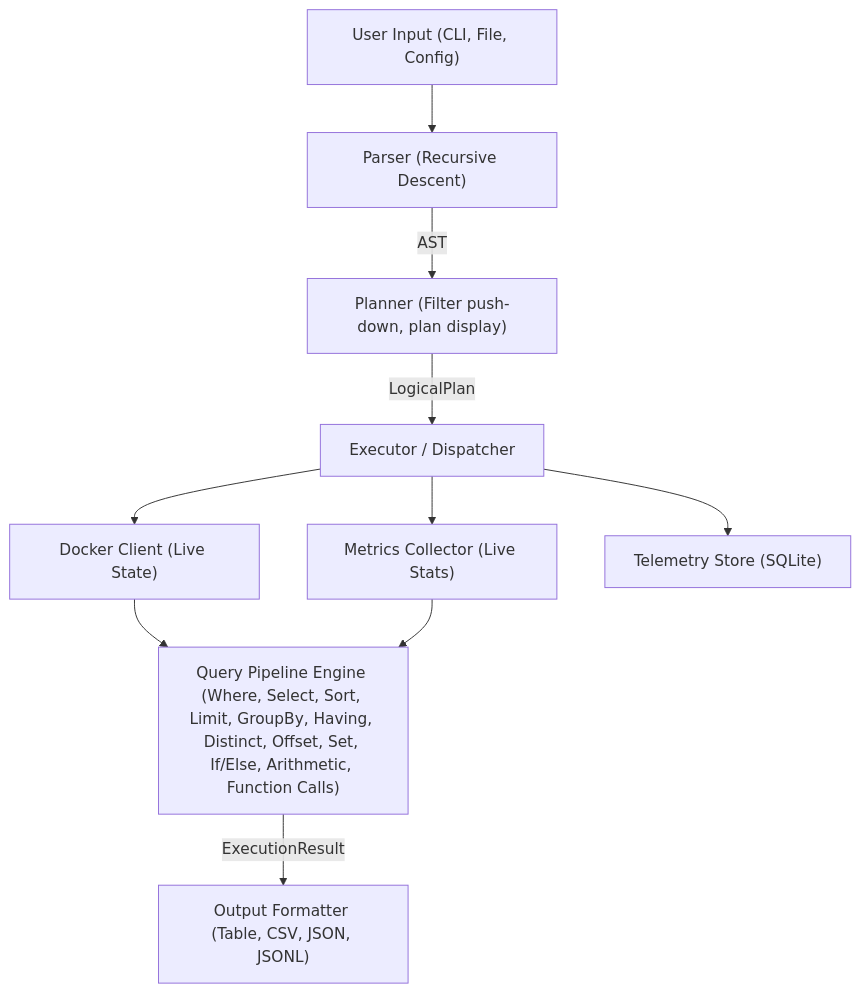
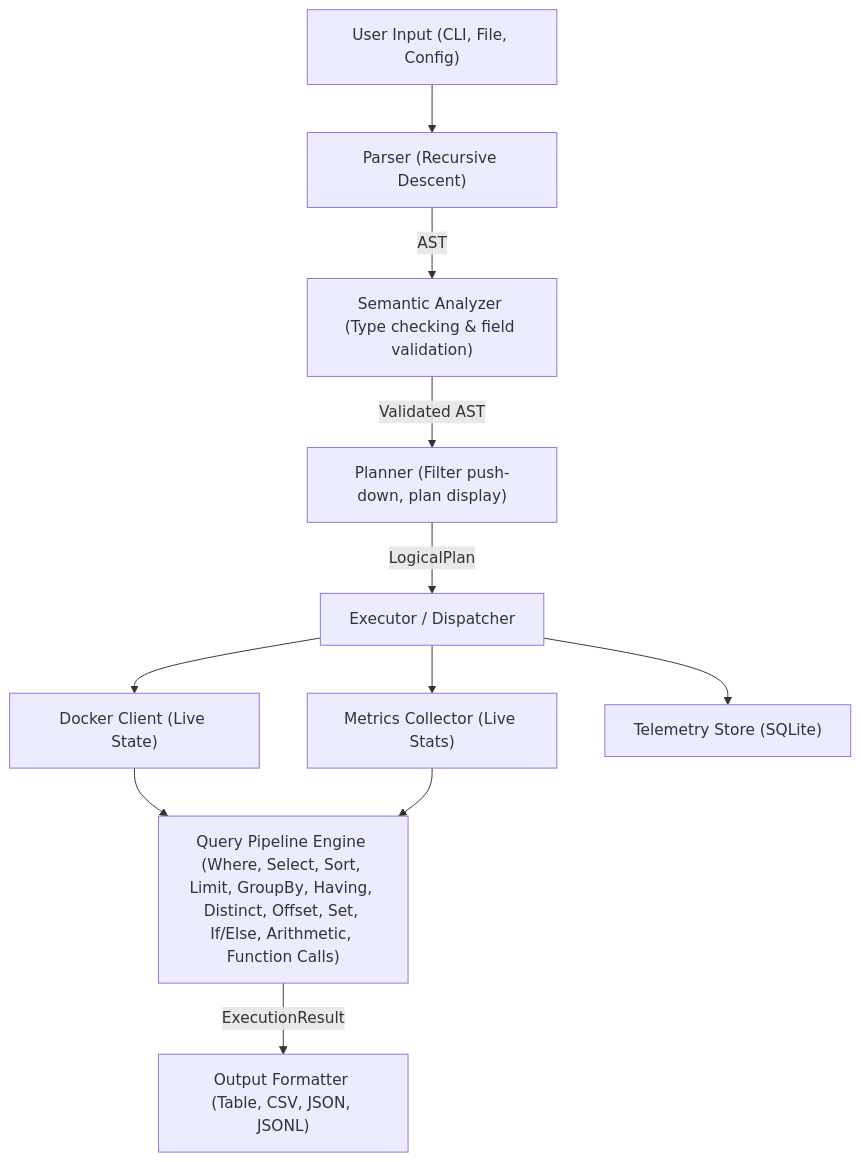
The diagram in docs/architecture.md (genc-murat/DockQL), drawn with Mermaid before and after one commit. The commit also changed other lines of this file and 5 other files, not shown here.

Commit message:
feat: implement static semantic analysis and type checking for queries

````diff
--- a/docs/architecture.md
+++ b/docs/architecture.md
@@ -9,15 +9,16 @@
 ```mermaid
 flowchart TD
     Input["User Input (CLI, File, Config)"] --> Parser["Parser (Recursive Descent)"]
-    Parser -->|AST| Planner["Planner (Filter push-down, plan display)"]
+    Parser -->|AST| Semantic["Semantic Analyzer (Type checking & field validation)"]
+    Semantic -->|Validated AST| Planner["Planner (Filter push-down, plan display)"]
     Planner -->|LogicalPlan| Executor["Executor / Dispatcher"]
 
     Executor --> DockerClient["Docker Client (Live State)"]
     Executor --> MetricsColl["Metrics Collector (Live Stats)"]
     Executor --> TelemetryStore["Telemetry Store (SQLite)"]
 
     DockerClient --> Pipeline["Query Pipeline Engine (Where, Select, Sort, Limit, GroupBy, Having, Distinct, Offset, Set, If/Else, Arithmetic, Function Calls)"]
     MetricsColl --> Pipeline
 
     Pipeline -->|ExecutionResult| Output["Output Formatter (Table, CSV, JSON, JSONL)"]
 ```
````
